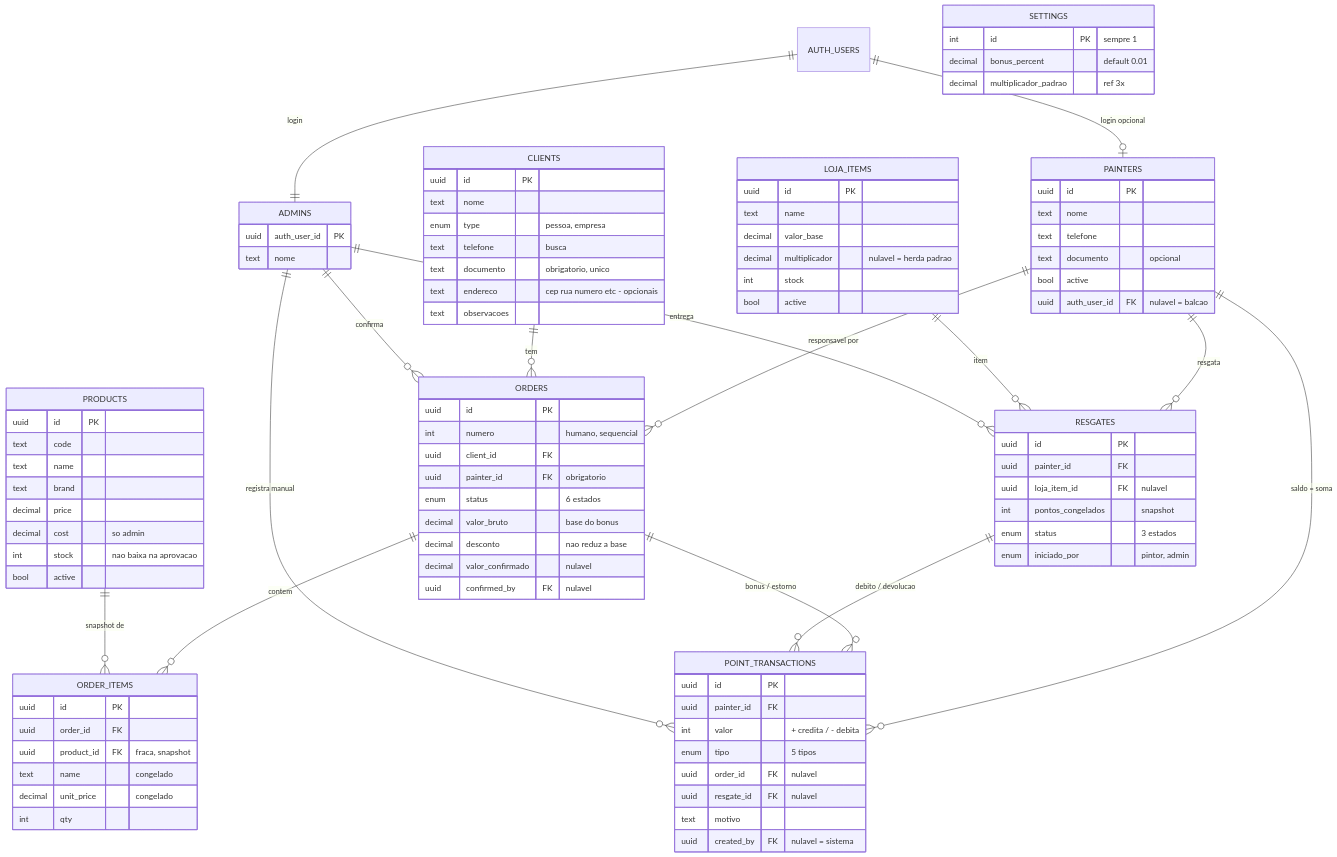
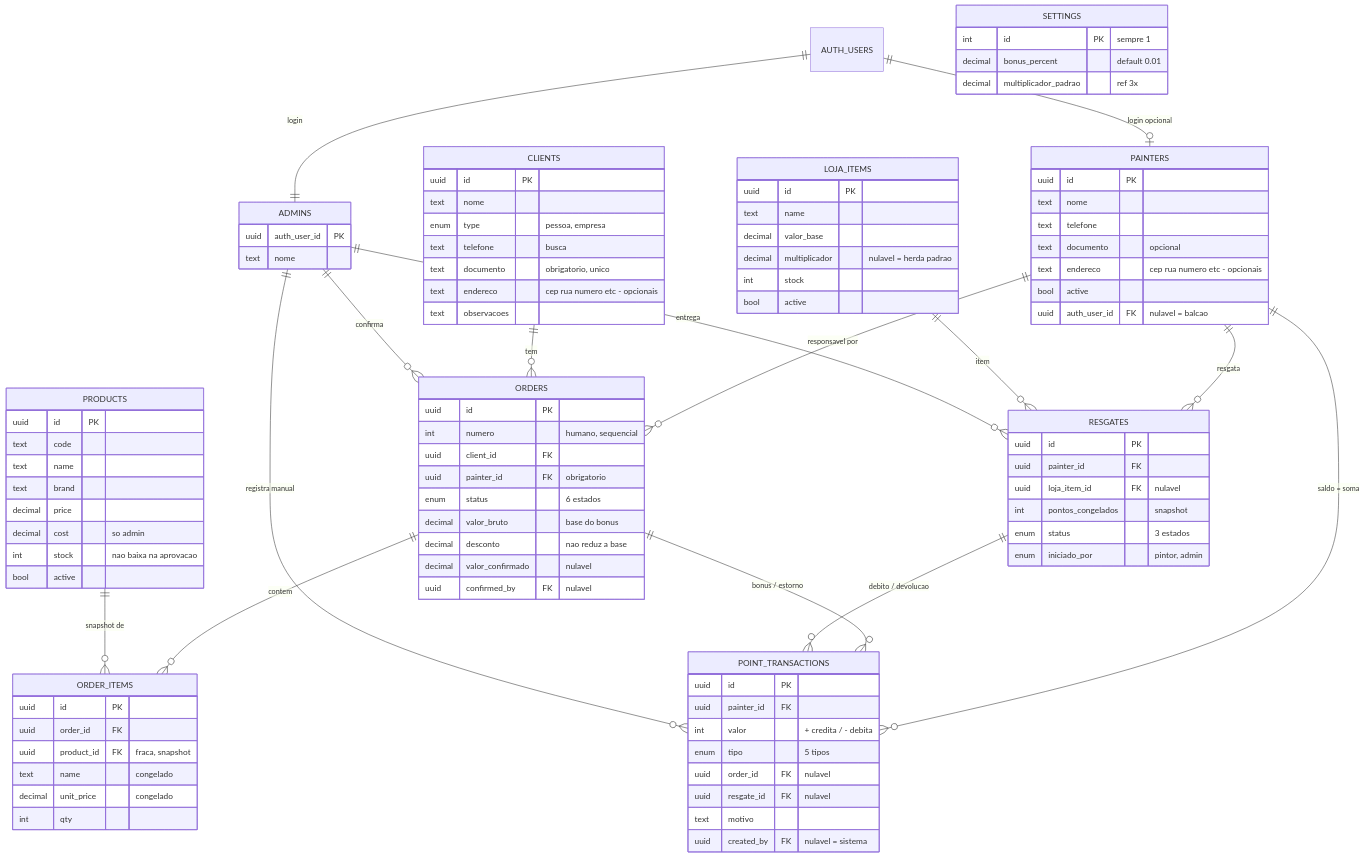
One commit to V-Santtos/Minas-Tintas-PWA changed the diagram in APLICATIVO PWA/inventario-schema-supabase.md. Above: the diagram before and after it, drawn with Mermaid. The commit also changed other lines of this file, not shown here.

First line of the commit message:
docs: marca endereco do pintor como entregue no CLAUDE e no inventario

```diff
--- a/APLICATIVO PWA/inventario-schema-supabase.md
+++ b/APLICATIVO PWA/inventario-schema-supabase.md
@@ -65,6 +65,7 @@
         text nome
         text telefone
         text documento "opcional"
+        text endereco "cep rua numero etc - opcionais"
         bool active
         uuid auth_user_id FK "nulavel = balcao"
     }
```
